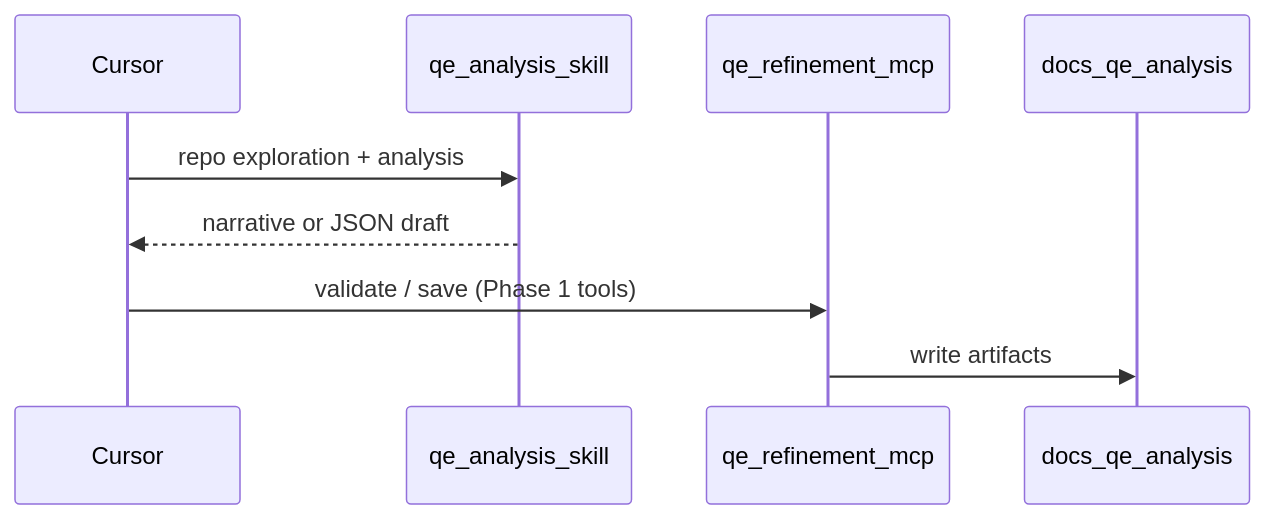
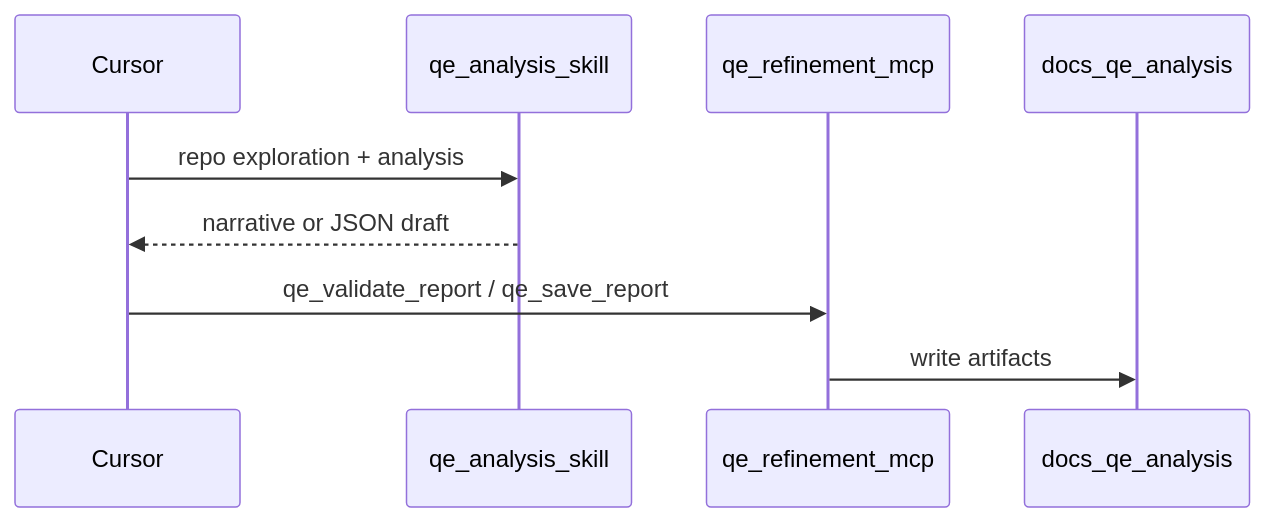
The diagram in README.md (arjunjh10/qe-craft), drawn with Mermaid before and after one commit. The commit also changed other lines of this file and 24 other files, not shown here.

````diff
--- a/README.md
+++ b/README.md
@@ -18,12 +43,12 @@
 ```mermaid
 sequenceDiagram
   participant Cursor
   participant Skill as qe_analysis_skill
   participant MCP as qe_refinement_mcp
   participant FS as docs_qe_analysis
 
   Cursor->>Skill: repo exploration + analysis
   Skill-->>Cursor: narrative or JSON draft
-  Cursor->>MCP: validate / save (Phase 1 tools)
+  Cursor->>MCP: qe_validate_report / qe_save_report
   MCP->>FS: write artifacts
 ```
````
